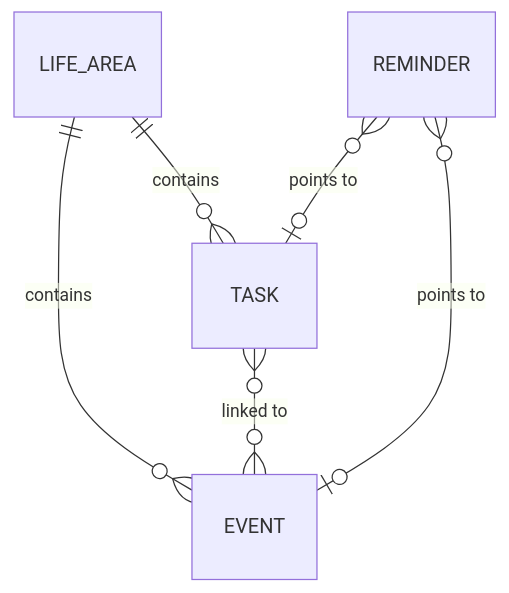
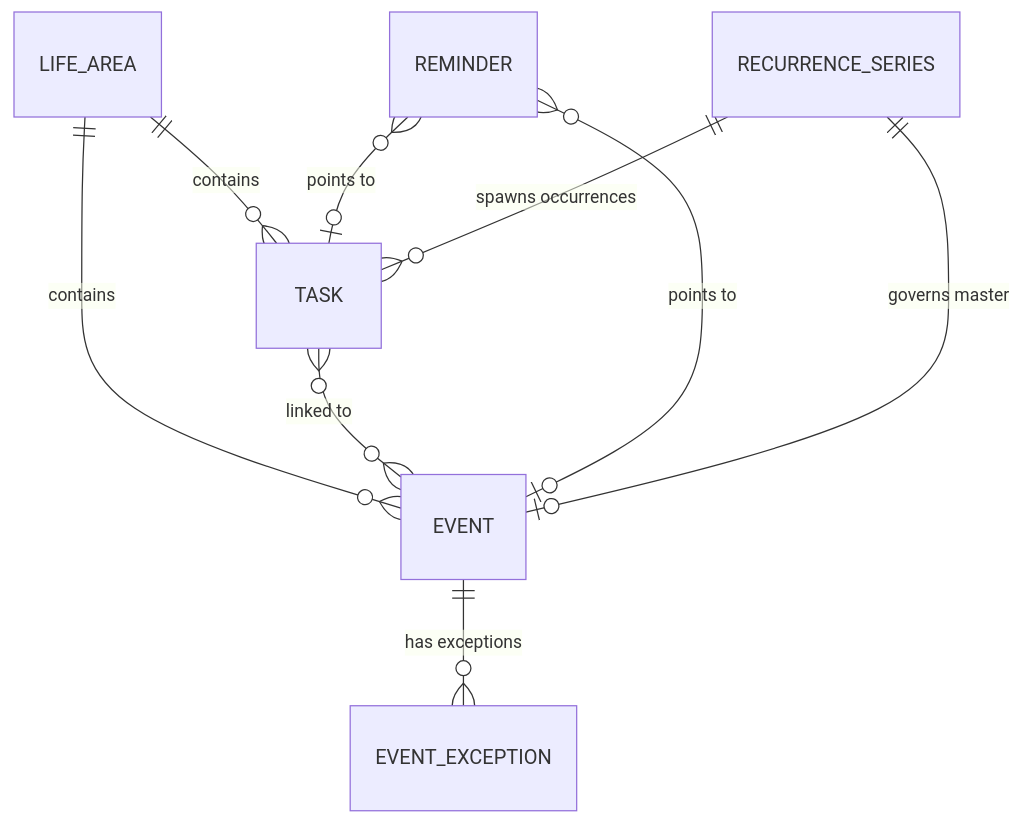
One commit to fabiombarreto/praesto-sum changed the diagram in documentation/30-architecture/domain-model.md. Above: the diagram before and after it, drawn with Mermaid. The commit also changed other lines of this file and 11 other files, not shown here.

````diff
--- a/documentation/30-architecture/domain-model.md
+++ b/documentation/30-architecture/domain-model.md
@@ -18,8 +18,11 @@
 ```mermaid
 erDiagram
     LIFE_AREA ||--o{ TASK : contains
     LIFE_AREA ||--o{ EVENT : contains
     TASK }o--o{ EVENT : "linked to"
     REMINDER }o--o| TASK : "points to"
     REMINDER }o--o| EVENT : "points to"
+    RECURRENCE_SERIES ||--o{ TASK : "spawns occurrences"
+    RECURRENCE_SERIES ||--o| EVENT : "governs master"
+    EVENT ||--o{ EVENT_EXCEPTION : "has exceptions"
 ```
````
